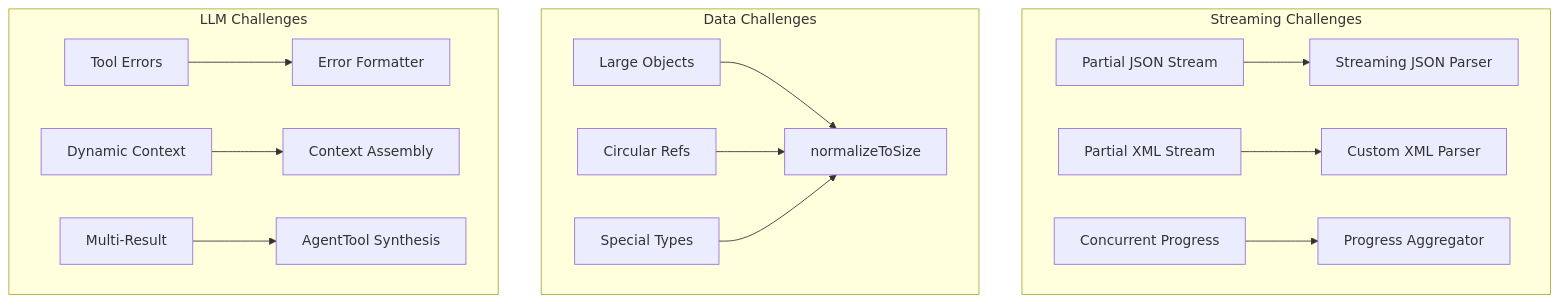
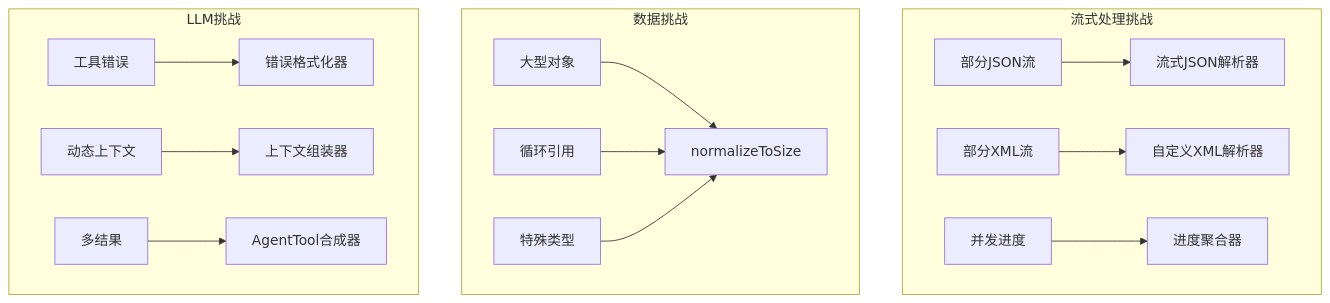
The diagram in source/_posts/claude-code新颖的组件.md (hanshuang-ai/BLOG), drawn with Mermaid before and after one commit. The commit also changed other lines of this file and 10 other files, not shown here.

````diff
--- a/source/_posts/claude-code新颖的组件.md
+++ b/source/_posts/claude-code新颖的组件.md
@@ -9,33 +10,33 @@
 ```mermaid
 graph TB
-    subgraph "Streaming Challenges"
-        PartialJSON[Partial JSON Stream]
-        PartialXML[Partial XML Stream]
-        Progress[Concurrent Progress]
+    subgraph "流式处理挑战"
+        PartialJSON[部分JSON流]
+        PartialXML[部分XML流]
+        Progress[并发进度]
 
-        PartialJSON --> Parser1[Streaming JSON Parser]
-        PartialXML --> Parser2[Custom XML Parser]
-        Progress --> Aggregator[Progress Aggregator]
+        PartialJSON --> Parser1[流式JSON解析器]
+        PartialXML --> Parser2[自定义XML解析器]
+        Progress --> Aggregator[进度聚合器]
     end
 
-    subgraph "Data Challenges"
-        LargeObjects[Large Objects]
-        Circular[Circular Refs]
-        TypedData[Special Types]
+    subgraph "数据挑战"
+        LargeObjects[大型对象]
+        Circular[循环引用]
+        TypedData[特殊类型]
 
         LargeObjects --> Normalizer[normalizeToSize]
         Circular --> Normalizer
         TypedData --> Normalizer
     end
 
-    subgraph "LLM Challenges"
-        Errors[Tool Errors]
-        Context[Dynamic Context]
-        Synthesis[Multi-Result]
+    subgraph "LLM挑战"
+        Errors[工具错误]
+        Context[动态上下文]
+        Synthesis[多结果]
 
-        Errors --> Formatter[Error Formatter]
-        Context --> Assembler[Context Assembly]
-        Synthesis --> Synthesizer[AgentTool Synthesis]
+        Errors --> Formatter[错误格式化器]
+        Context --> Assembler[上下文组装器]
+        Synthesis --> Synthesizer[AgentTool合成器]
     end
 
 ```
````
